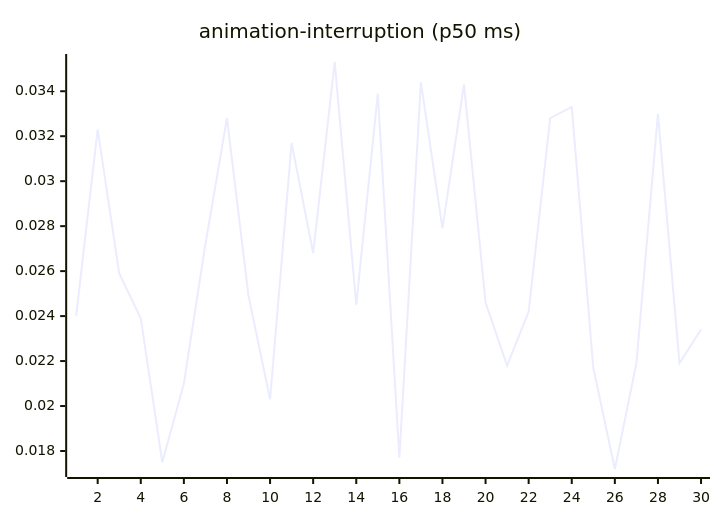
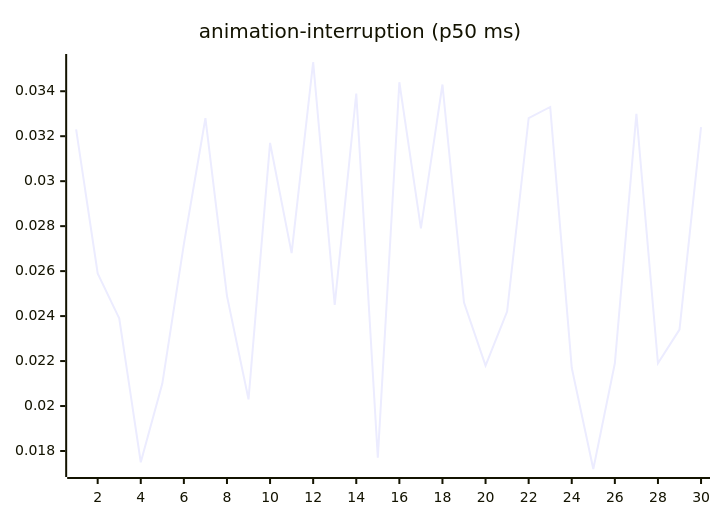
One commit to josha/Facet changed the third of 27 diagrams in README.md. Above: the diagram before and after it, drawn with Mermaid. The commit also changed other lines of this file and 2 other files, not shown here.

````diff
--- a/README.md
+++ b/README.md
@@ -77,6 +77,6 @@
 ```mermaid
 xychart-beta
     title "animation-interruption (p50 ms)"
     x-axis 1 --> 30
-    line [0.0240, 0.0323, 0.0259, 0.0239, 0.0175, 0.0210, 0.0272, 0.0328, 0.0249, 0.0203, 0.0317, 0.0268, 0.0353, 0.0245, 0.0339, 0.0177, 0.0344, 0.0279, 0.0343, 0.0246, 0.0218, 0.0242, 0.0328, 0.0333, 0.0217, 0.0172, 0.0219, 0.0330, 0.0219, 0.0234]
+    line [0.0323, 0.0259, 0.0239, 0.0175, 0.0210, 0.0272, 0.0328, 0.0249, 0.0203, 0.0317, 0.0268, 0.0353, 0.0245, 0.0339, 0.0177, 0.0344, 0.0279, 0.0343, 0.0246, 0.0218, 0.0242, 0.0328, 0.0333, 0.0217, 0.0172, 0.0219, 0.0330, 0.0219, 0.0234, 0.0324]
 ```
````
